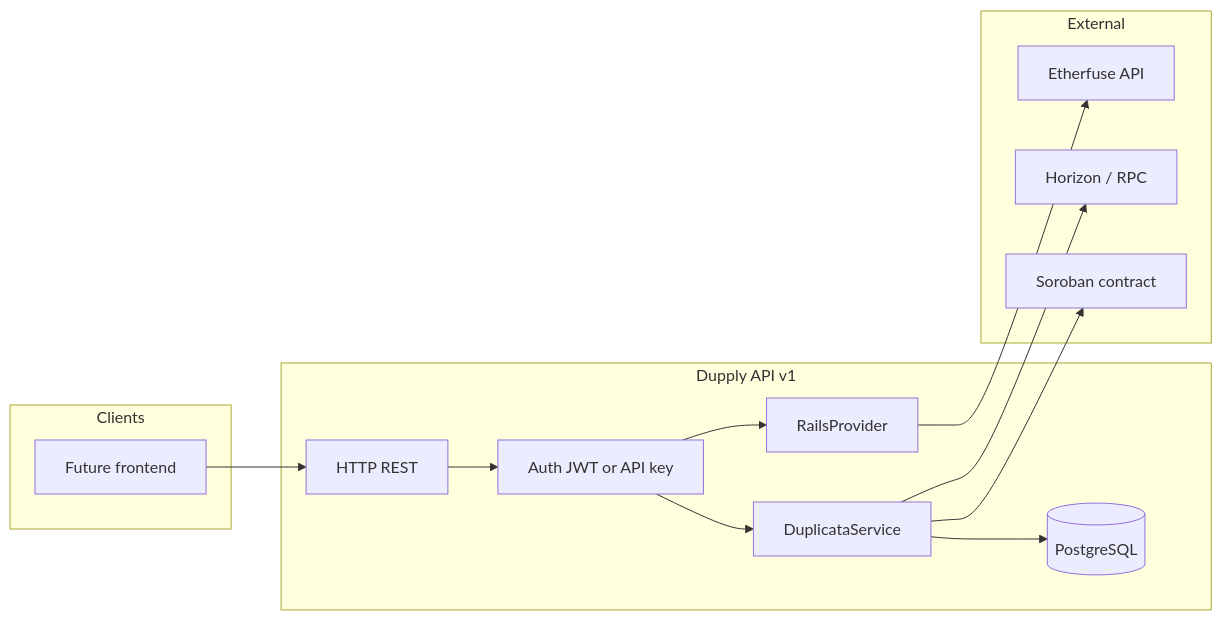
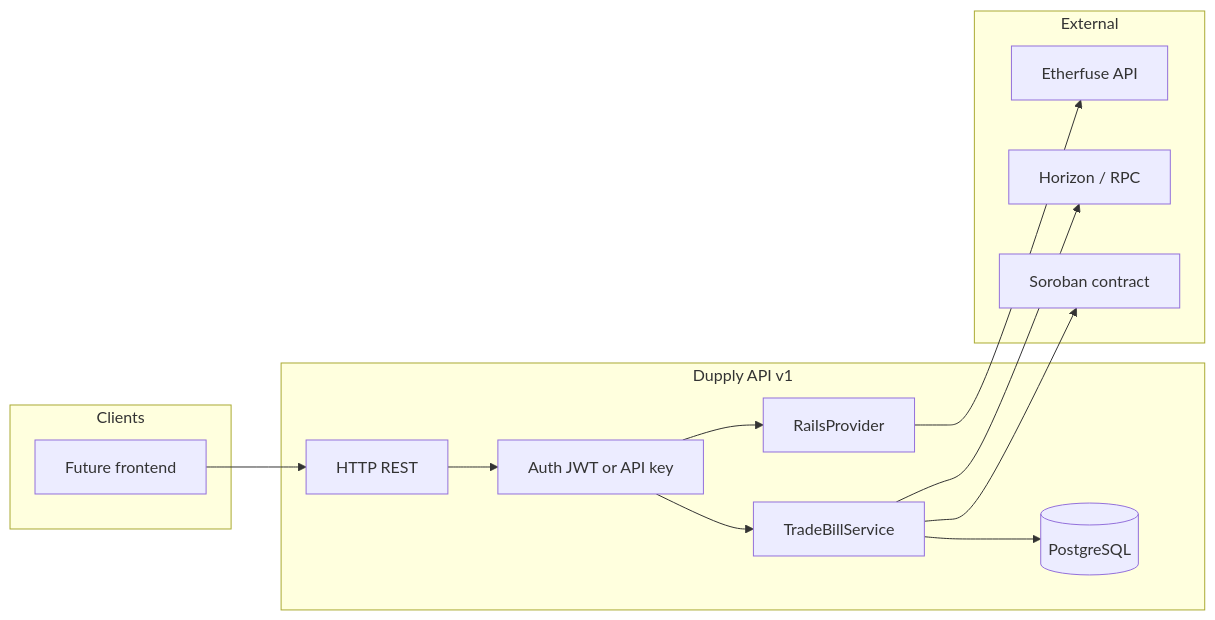
The diagram in docs/notes/2026-05-16_dupply-backend-v1-plan.md (vvmafra/dupply-backend), drawn with Mermaid before and after one commit. The commit also changed other lines of this file and 61 other files, not shown here.

First line of the commit message:
feat(backend): root layout, English trade-bill stack, remove packages

````diff
--- a/docs/notes/2026-05-16_dupply-backend-v1-plan.md
+++ b/docs/notes/2026-05-16_dupply-backend-v1-plan.md
@@ -25,26 +25,26 @@
 ```mermaid
 flowchart LR
   subgraph clients [Clients]
     FE[Future frontend]
   end
   subgraph dupply_api [Dupply API v1]
     HTTP[HTTP REST]
     AUTH[Auth JWT or API key]
-    DUP[DuplicataService]
+    DUP[TradeBillService]
     RAILS[RailsProvider]
     DB[(PostgreSQL)]
   end
   subgraph external [External]
     EF[Etherfuse API]
     HZN[Horizon / RPC]
     SOR[Soroban contract]
   end
   FE --> HTTP
   HTTP --> AUTH
   AUTH --> DUP
   AUTH --> RAILS
   DUP --> DB
   RAILS --> EF
   DUP --> HZN
   DUP --> SOR
 ```
````
